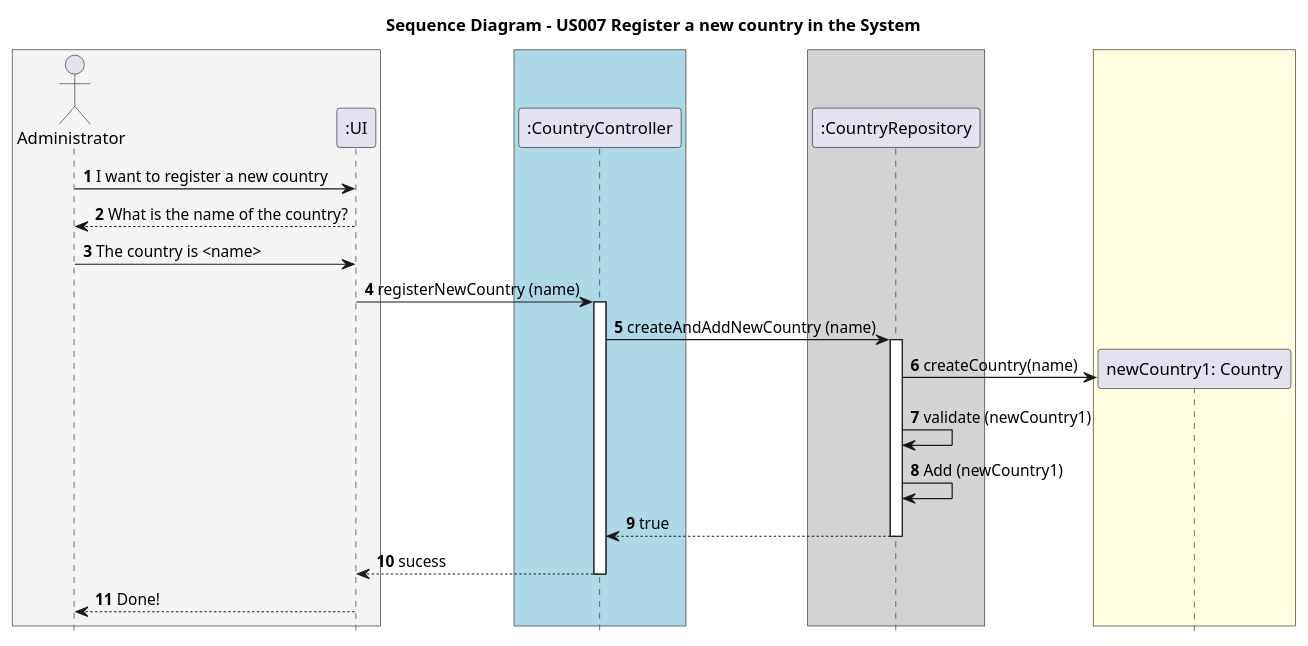
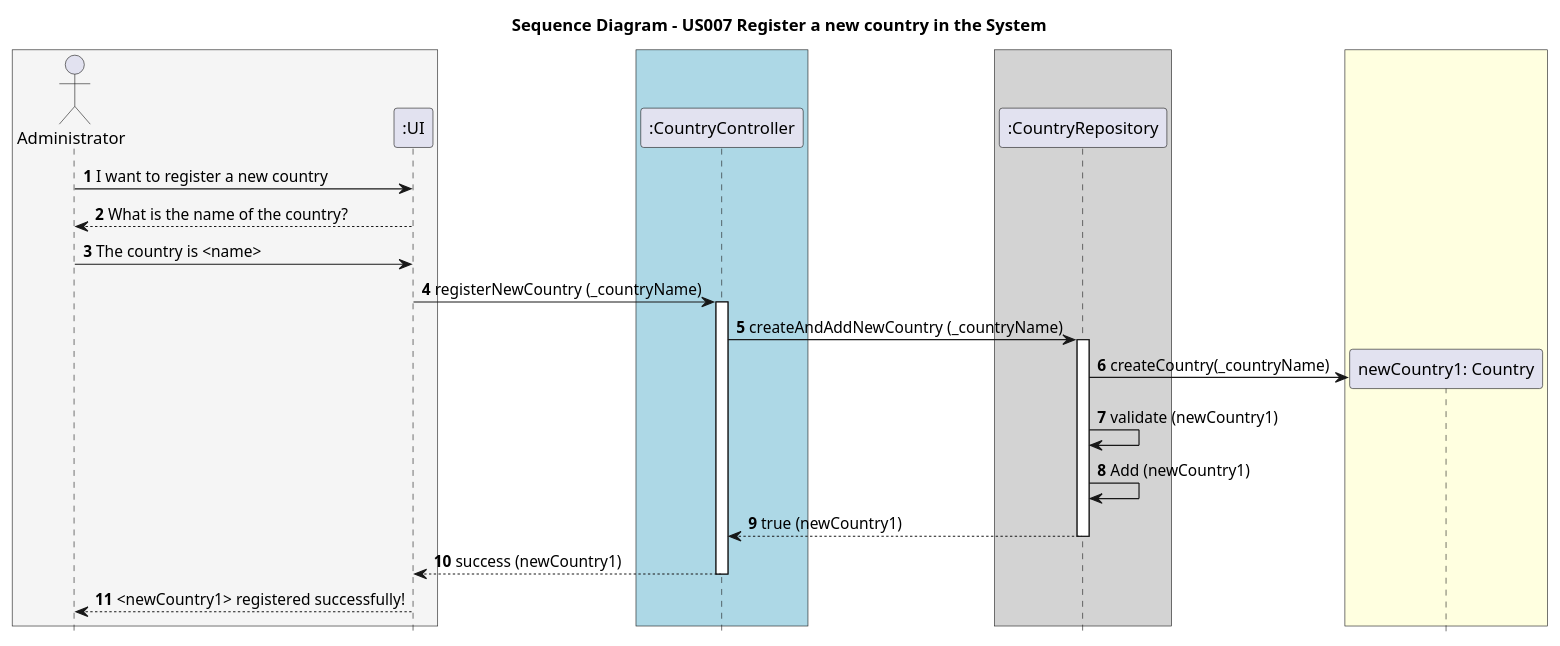
One commit to AndrePereiraGitH/SWitCH-Project-Team_A changed the diagram in Diagrams/SequenceDiagrams/N2/US007-to-register-a-new-country-in-the-system.puml. Above: the diagram before and after it, drawn with PlantUML. The commit also changed 5 other files, not shown here.

```diff
--- a/Diagrams/SequenceDiagrams/N2/US007-to-register-a-new-country-in-the-system.puml
+++ b/Diagrams/SequenceDiagrams/N2/US007-to-register-a-new-country-in-the-system.puml
@@ -1,45 +1,45 @@
 @startuml
 
 footbox off
 
 title Sequence Diagram - US007 Register a new country in the System
 
 box #WhiteSmoke
 actor Administrator
 participant ":UI" as UI
 end box
 
 box #LightBlue
 participant ":CountryController" as CountryController
 end box
 
 box #LightGrey
 participant ":CountryRepository" as AddressRepository
 end box
 
 Administrator -> UI : **1** I want to register a new country
 UI --> Administrator : **2** What is the name of the country?
 
 Administrator -> UI : **3** The country is <name>
 
-UI -> CountryController : **4** registerNewCountry (name)
+UI -> CountryController : **4** registerNewCountry (_countryName)
 activate CountryController
 
-CountryController -> AddressRepository : **5** createAndAddNewCountry (name)
+CountryController -> AddressRepository : **5** createAndAddNewCountry (_countryName)
 activate AddressRepository
 
 box #LightYellow
 create "newCountry1: Country" as Country
-AddressRepository -> Country : **6** createCountry(name)
+AddressRepository -> Country : **6** createCountry(_countryName)
 end box
 AddressRepository -> AddressRepository : **7** validate (newCountry1)
 AddressRepository -> AddressRepository : **8** Add (newCountry1)
-AddressRepository --> CountryController : **9** true
+AddressRepository --> CountryController : **9** true (newCountry1)
 deactivate AddressRepository
 
-CountryController --> UI : **10** sucess
+CountryController --> UI : **10** success (newCountry1)
 deactivate CountryController
 
-UI --> Administrator : **11** Done!
+UI --> Administrator : **11** <newCountry1> registered successfully!
 
 @enduml
```
